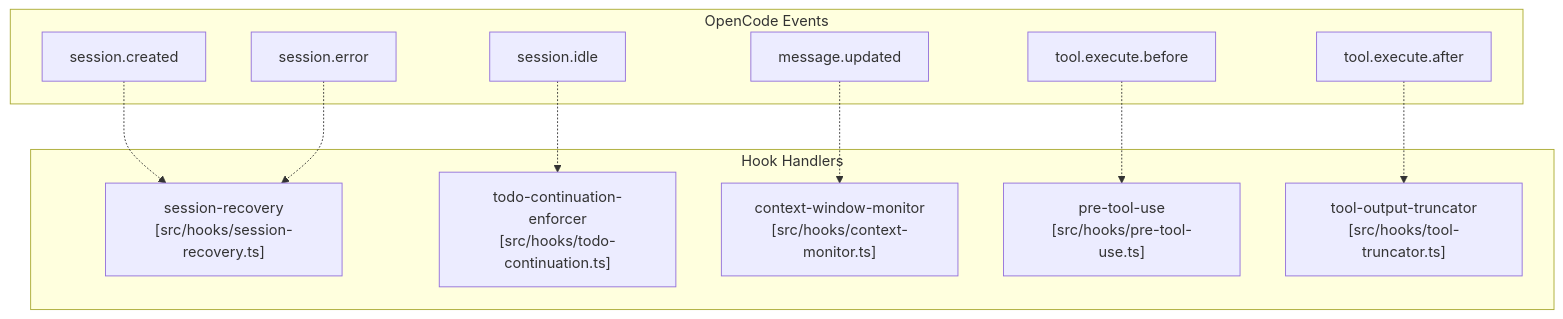
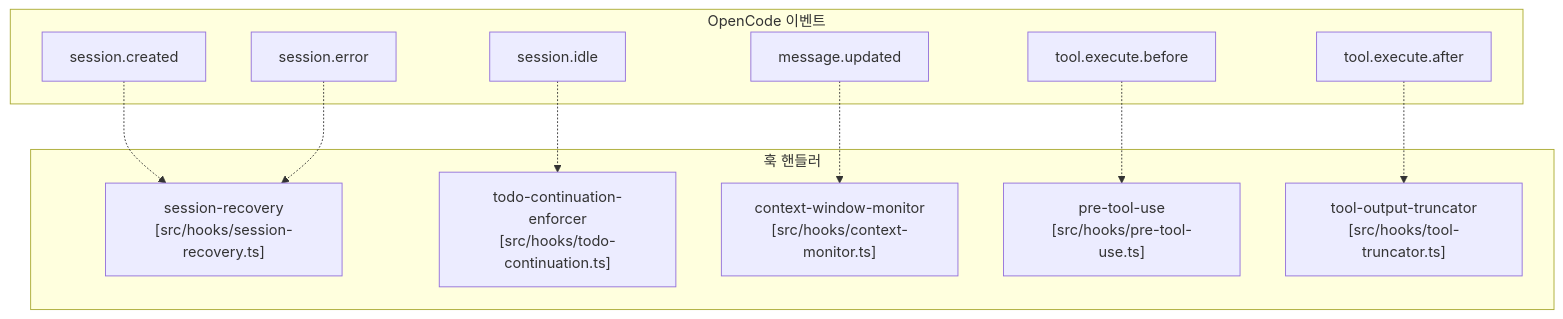
Before and after one commit to felipetruman/oh-my-opencode-docs: the tenth of 14 diagrams in docs/index.md, drawn with Mermaid. The commit also changed other lines of this file and 76 other files, not shown here.

````diff
--- a/docs/index.md
+++ b/docs/index.md
@@ -672,39 +640,39 @@
 ```mermaid
 flowchart TD
 
 SessionCreated["session.created"]
 SessionIdle["session.idle"]
 SessionError["session.error"]
 ToolExecuteBefore["tool.execute.before"]
 ToolExecuteAfter["tool.execute.after"]
 MessageUpdated["message.updated"]
 SessionRecovery["session-recovery<br>[src/hooks/session-recovery.ts]"]
 TodoContinue["todo-continuation-enforcer<br>[src/hooks/todo-continuation.ts]"]
 ContextMonitor["context-window-monitor<br>[src/hooks/context-monitor.ts]"]
 PreToolUse["pre-tool-use<br>[src/hooks/pre-tool-use.ts]"]
 ToolTruncator["tool-output-truncator<br>[src/hooks/tool-truncator.ts]"]
 
 SessionCreated -.-> SessionRecovery
 SessionIdle -.-> TodoContinue
 SessionError -.-> SessionRecovery
 ToolExecuteBefore -.-> PreToolUse
 ToolExecuteAfter -.-> ToolTruncator
 MessageUpdated -.-> ContextMonitor
 
-subgraph Hooks ["Hook Handlers"]
+subgraph Hooks ["훅 핸들러"]
     SessionRecovery
     TodoContinue
     ContextMonitor
     PreToolUse
     ToolTruncator
 end
 
-subgraph Events ["OpenCode Events"]
+subgraph Events ["OpenCode 이벤트"]
     SessionCreated
     SessionIdle
     SessionError
     ToolExecuteBefore
     ToolExecuteAfter
     MessageUpdated
 end
 ```
````
